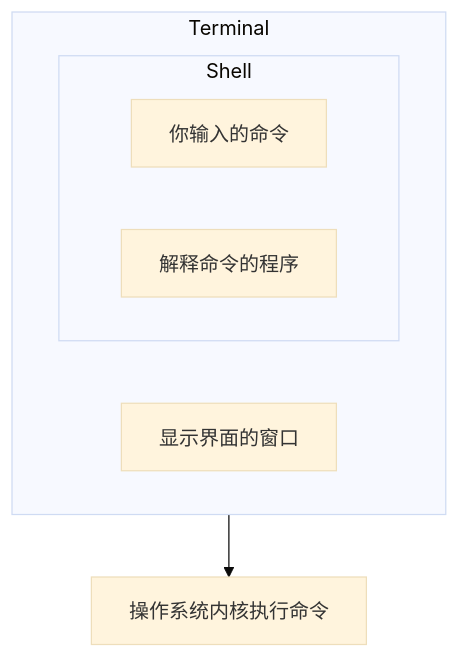
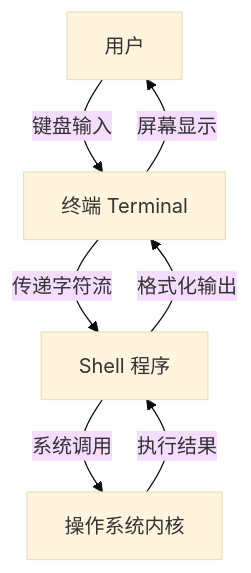
Before and after one commit to ECUSTCIC-CodeHub/Dev-Voyage: the first of 2 diagrams in docs/essential/command-line/5-shells.md, drawn with Mermaid (base theme). The commit also changed other lines of this file, not shown here.

First line of the commit message:
refactor(docs): 重构 command-line 第 5 章 Shell 的世界

````diff
--- a/docs/essential/command-line/5-shells.md
+++ b/docs/essential/command-line/5-shells.md
@@ -46,12 +42,9 @@
 ```mermaid
 flowchart TD
-    Terminal[终端 Terminal] --> Kernel[操作系统内核执行命令]
-    subgraph Terminal
-        Shell[Shell 外壳]
-        Note1[显示界面的窗口]
-    end
-    subgraph Shell
-        Command[你输入的命令]
-        Note2[解释命令的程序]
-    end
+    User[用户] -->|键盘输入| Terminal[终端 Terminal]
+    Terminal -->|传递字符流| Shell[Shell 程序]
+    Shell -->|系统调用| Kernel[操作系统内核]
+    Kernel -->|执行结果| Shell
+    Shell -->|格式化输出| Terminal
+    Terminal -->|屏幕显示| User
 ```
````
